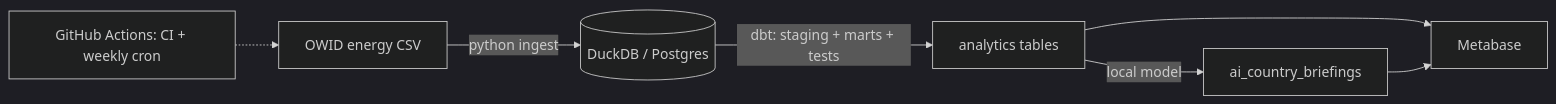
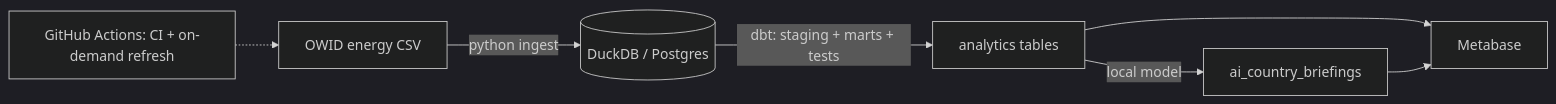
One commit to anjolok1997/energy-analytics-pipeline changed the diagram in README.md. Above: the diagram before and after it, drawn with Mermaid (dark theme). The commit also changed other lines of this file and 1 other file, not shown here.

First line of the commit message:
drop weekly cron, make refresh manual-only

````diff
--- a/README.md
+++ b/README.md
@@ -20,9 +20,9 @@
 ```mermaid
 flowchart LR
     A[OWID energy CSV] -->|python ingest| B[(DuckDB / Postgres)]
     B -->|dbt: staging + marts + tests| C[analytics tables]
     C -->|local model| D[ai_country_briefings]
     C --> E[Metabase]
     D --> E
-    F[GitHub Actions: CI + weekly cron] -.-> A
+    F[GitHub Actions: CI + on-demand refresh] -.-> A
 ```
````
